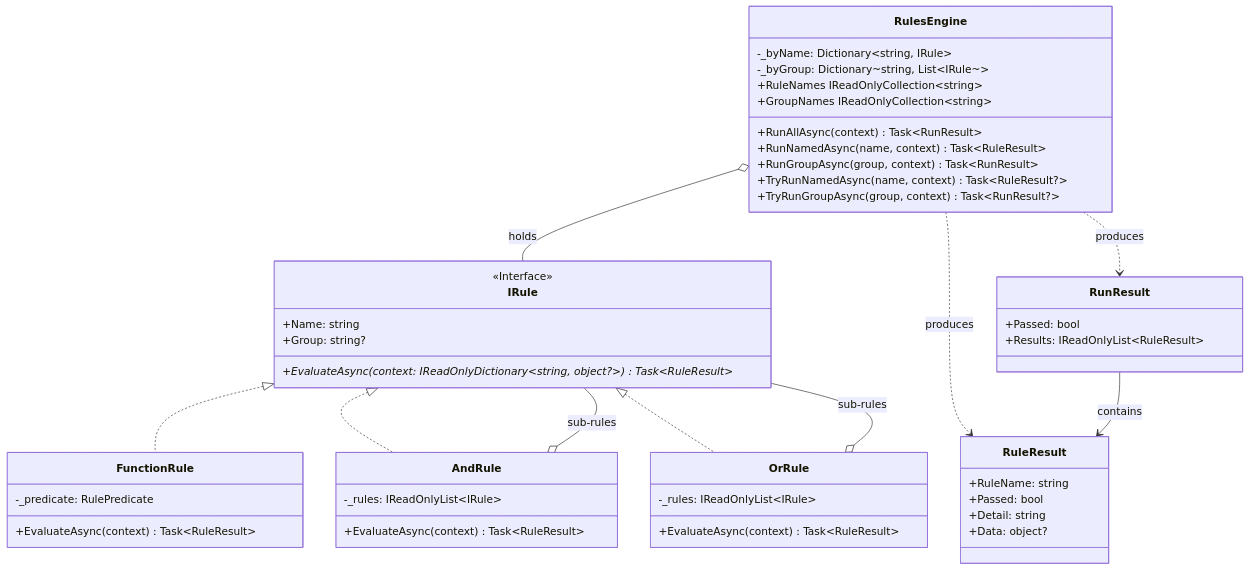
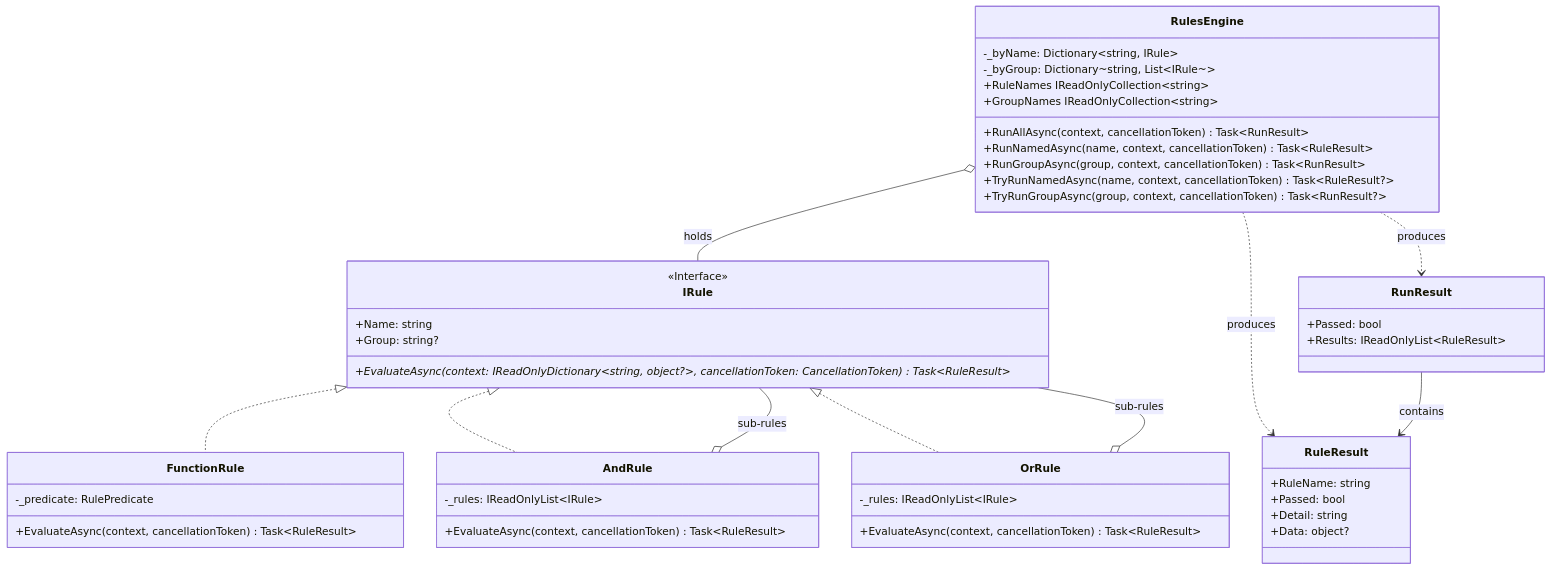
One commit to pawan-vyas/verdict-rules changed the diagram in docs/architecture/csharp.md. Above: the diagram before and after it, drawn with Mermaid. The commit also changed other lines of this file and 25 other files, not shown here.

````diff
--- a/docs/architecture/csharp.md
+++ b/docs/architecture/csharp.md
@@ -40,52 +40,52 @@
 ```mermaid
 classDiagram
     class IRule {
         <<Interface>>
         +Name: string
         +Group: string?
-        +EvaluateAsync(context: IReadOnlyDictionary~string, object?~)* Task~RuleResult~
+        +EvaluateAsync(context: IReadOnlyDictionary~string, object?~, cancellationToken: CancellationToken)* Task~RuleResult~
     }
     class FunctionRule {
         -_predicate: RulePredicate
-        +EvaluateAsync(context) Task~RuleResult~
+        +EvaluateAsync(context, cancellationToken) Task~RuleResult~
     }
     class AndRule {
         -_rules: IReadOnlyList~IRule~
-        +EvaluateAsync(context) Task~RuleResult~
+        +EvaluateAsync(context, cancellationToken) Task~RuleResult~
     }
     class OrRule {
         -_rules: IReadOnlyList~IRule~
-        +EvaluateAsync(context) Task~RuleResult~
+        +EvaluateAsync(context, cancellationToken) Task~RuleResult~
     }
     class RulesEngine {
         -_byName: Dictionary~string, IRule~
         -_byGroup: Dictionary~string, List~IRule~~
-        +RunAllAsync(context) Task~RunResult~
-        +RunNamedAsync(name, context) Task~RuleResult~
-        +RunGroupAsync(group, context) Task~RunResult~
-        +TryRunNamedAsync(name, context) Task~RuleResult?~
-        +TryRunGroupAsync(group, context) Task~RunResult?~
+        +RunAllAsync(context, cancellationToken) Task~RunResult~
+        +RunNamedAsync(name, context, cancellationToken) Task~RuleResult~
+        +RunGroupAsync(group, context, cancellationToken) Task~RunResult~
+        +TryRunNamedAsync(name, context, cancellationToken) Task~RuleResult?~
+        +TryRunGroupAsync(group, context, cancellationToken) Task~RunResult?~
         +RuleNames IReadOnlyCollection~string~
         +GroupNames IReadOnlyCollection~string~
     }
     class RuleResult {
         +RuleName: string
         +Passed: bool
         +Detail: string
         +Data: object?
     }
     class RunResult {
         +Passed: bool
         +Results: IReadOnlyList~RuleResult~
     }
 
     IRule <|.. FunctionRule
     IRule <|.. AndRule
     IRule <|.. OrRule
     AndRule o-- IRule : sub-rules
     OrRule o-- IRule : sub-rules
     RulesEngine o-- IRule : holds
     RulesEngine ..> RuleResult : produces
     RulesEngine ..> RunResult : produces
     RunResult --> RuleResult : contains
 ```
````
